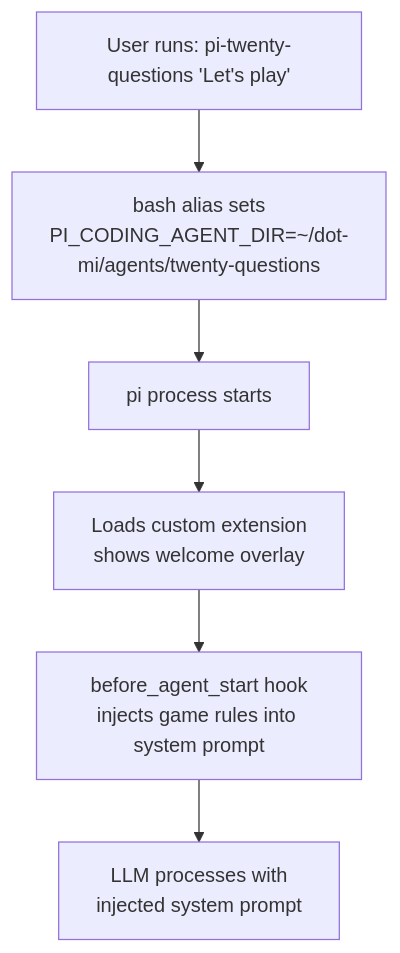
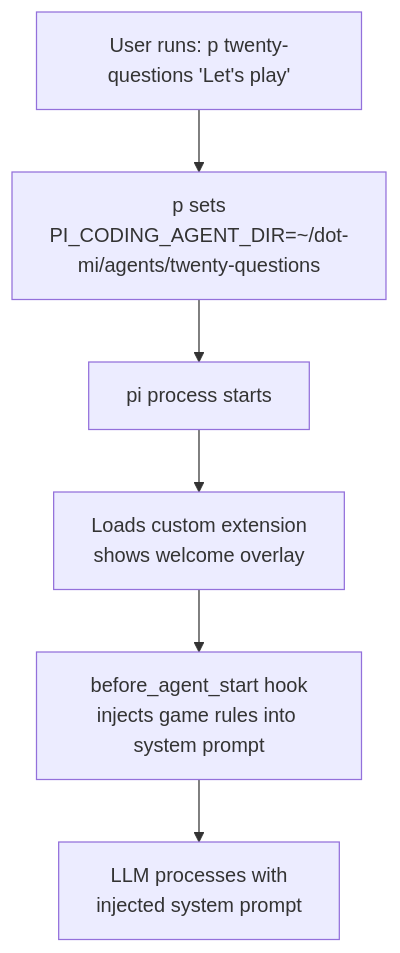
Before and after one commit to PlebeiusGaragicus/dot-mi: the third of 3 diagrams in docs/architecture.md, drawn with Mermaid. The commit also changed other lines of this file and 16 other files, not shown here.

````diff
--- a/docs/architecture.md
+++ b/docs/architecture.md
@@ -102,11 +102,11 @@
 ```mermaid
 graph TD
-  SUser["User runs: pi-twenty-questions 'Let's play'"]
-  SAlias["bash alias sets<br/>PI_CODING_AGENT_DIR=~/dot-mi/agents/twenty-questions"]
+  SUser["User runs: p twenty-questions 'Let's play'"]
+  SAlias["p sets<br/>PI_CODING_AGENT_DIR=~/dot-mi/agents/twenty-questions"]
   SPiMain["pi process starts"]
   SExtLoad["Loads custom extension<br/>shows welcome overlay"]
   SHook["before_agent_start hook<br/>injects game rules into system prompt"]
   SLLM["LLM processes with<br/>injected system prompt"]
 
   SUser --> SAlias --> SPiMain --> SExtLoad --> SHook --> SLLM
 ```
````
